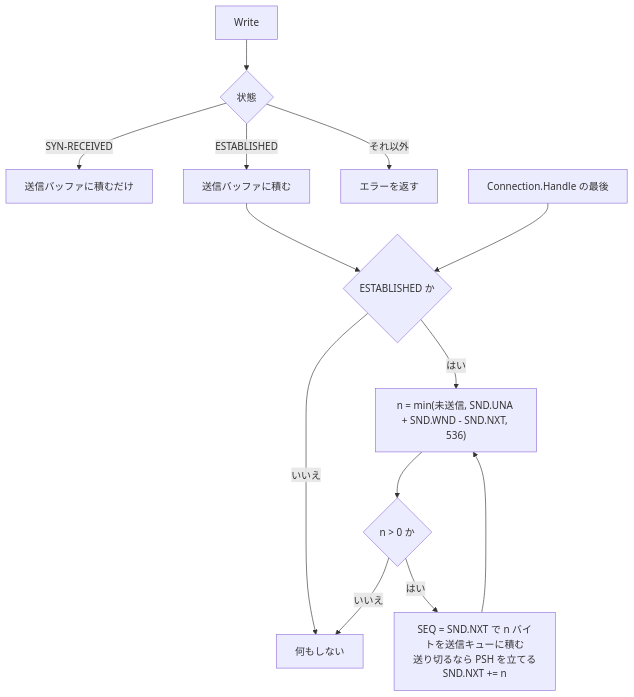
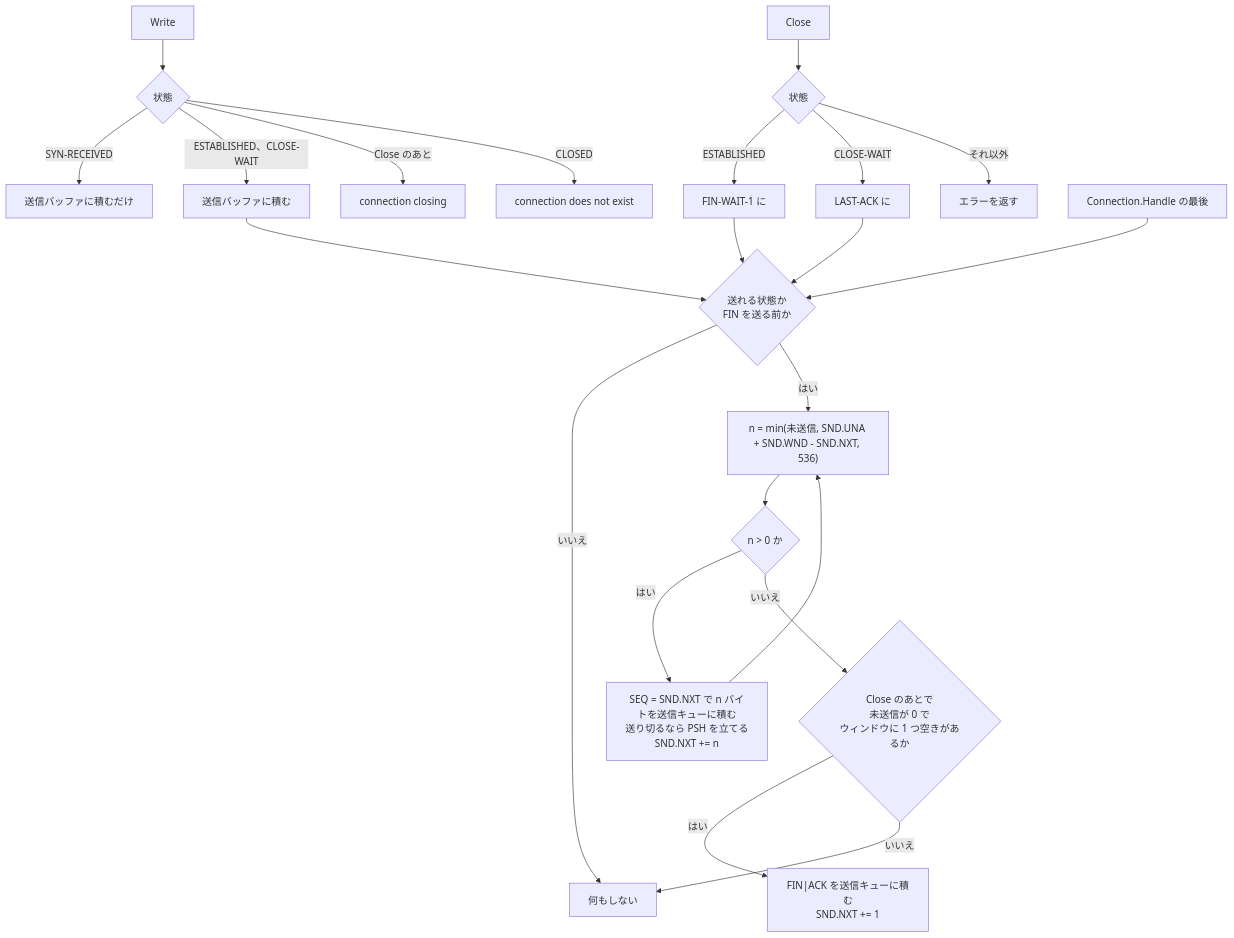
One commit to no2ca/go-tuntcp changed the third of 4 diagrams in internal/stack/README.md. Above: the diagram before and after it, drawn with Mermaid. The commit also changed other lines of this file and 4 other files, not shown here.

````diff
--- a/internal/stack/README.md
+++ b/internal/stack/README.md
@@ -77,15 +95,24 @@
 ```mermaid
 flowchart TD
     w["Write"] --> st{"状態"}
     st -- "SYN-RECEIVED" --> q["送信バッファに積むだけ"]
-    st -- "ESTABLISHED" --> q2["送信バッファに積む"]
-    st -- "それ以外" --> err["エラーを返す"]
+    st -- "ESTABLISHED、CLOSE-WAIT" --> q2["送信バッファに積む"]
+    st -- "Close のあと" --> err["connection closing"]
+    st -- "CLOSED" --> err2["connection does not exist"]
+    cl["Close"] --> cst{"状態"}
+    cst -- "ESTABLISHED" --> c1["FIN-WAIT-1 に"]
+    cst -- "CLOSE-WAIT" --> c2["LAST-ACK に"]
+    cst -- "それ以外" --> cerr["エラーを返す"]
+    c1 --> out
+    c2 --> out
     q2 --> out
     h["Connection.Handle の最後"] --> out
-    out{"ESTABLISHED か"} -- いいえ --> done["何もしない"]
+    out{"送れる状態か<br/>FIN を送る前か"} -- いいえ --> done["何もしない"]
     out -- はい --> n["n = min(未送信, SND.UNA + SND.WND - SND.NXT, 536)"]
     n --> pos{"n > 0 か"}
-    pos -- いいえ --> done
     pos -- はい --> seg["SEQ = SND.NXT で n バイトを送信キューに積む<br/>送り切るなら PSH を立てる<br/>SND.NXT += n"]
     seg --> n
+    pos -- いいえ --> fin{"Close のあとで<br/>未送信が 0 で<br/>ウィンドウに 1 つ空きがあるか"}
+    fin -- はい --> sendfin["FIN|ACK を送信キューに積む<br/>SND.NXT += 1"]
+    fin -- いいえ --> done
 ```
````
